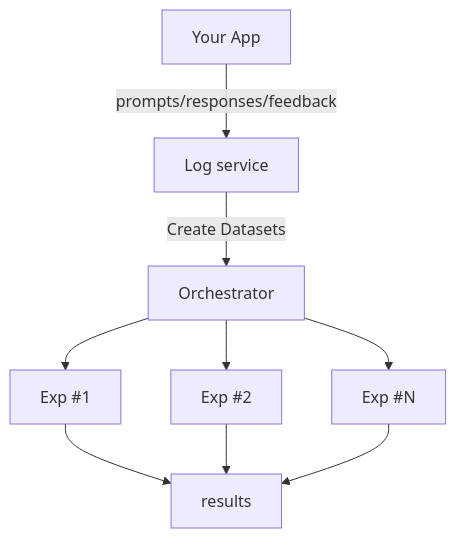
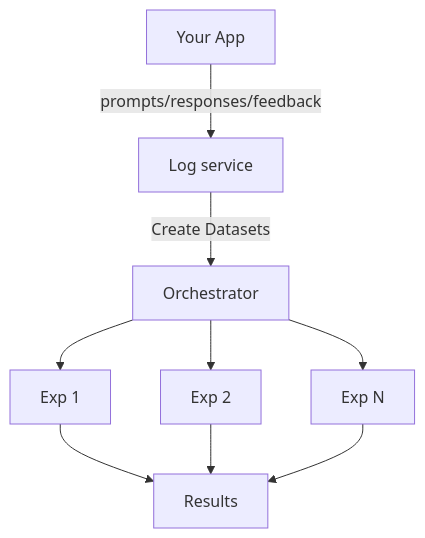
One commit to bp-cicd-org/ai-model-distillation-for-financial-data changed the first of 2 diagrams in README.md. Above: the diagram before and after it, drawn with Mermaid. The commit also changed other lines of this file and 4 other files, not shown here.

````diff
--- a/README.md
+++ b/README.md
@@ -49,11 +50,11 @@
 ```mermaid
 flowchart TD
   app[Your App] --prompts/responses/feedback--> logs[Log service]
   logs --Create Datasets--> orch["Orchestrator"]
-  orch --> exp1["Exp #1"]
-  orch --> exp2["Exp #2"]
-  orch --> expN["Exp #N"]
-  exp1 --> results
+  orch --> exp1["Exp 1"]
+  orch --> exp2["Exp 2"]
+  orch --> expN["Exp N"]
+  exp1 --> results[Results]
   exp2 --> results
   expN --> results
 ```
````
